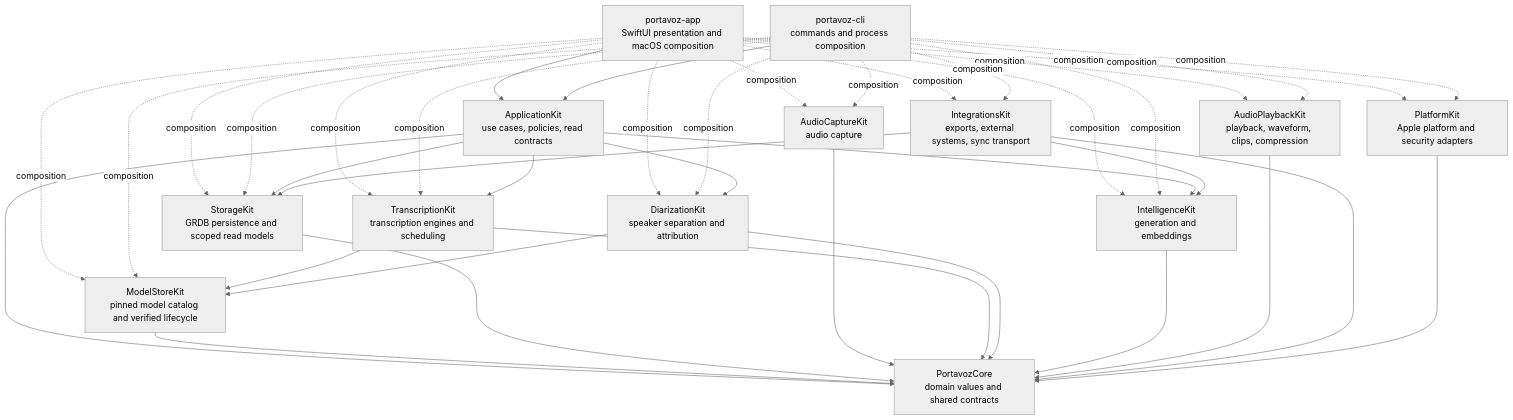
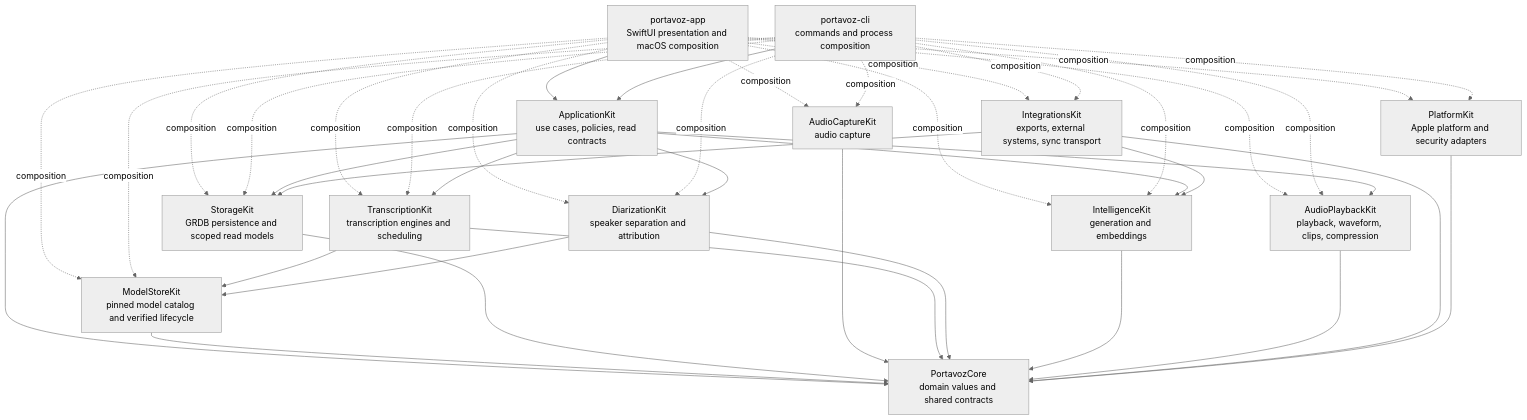
Before and after one commit to johnny4young/portavoz: the first of 3 diagrams in docs/ARCHITECTURE.md, drawn with Mermaid (neutral theme). The commit also changed other lines of this file and 25 other files, not shown here.

````diff
--- a/docs/ARCHITECTURE.md
+++ b/docs/ARCHITECTURE.md
@@ -45,59 +45,60 @@
 ```mermaid
 flowchart TB
     UI["portavoz-app\nSwiftUI presentation and macOS composition"]
     CLI["portavoz-cli\ncommands and process composition"]
     APP["ApplicationKit\nuse cases, policies, read contracts"]
     CORE["PortavozCore\ndomain values and shared contracts"]
     MODEL["ModelStoreKit\npinned model catalog and verified lifecycle"]
     STORAGE["StorageKit\nGRDB persistence and scoped read models"]
     CAPTURE["AudioCaptureKit\naudio capture"]
     TRANSCRIPTION["TranscriptionKit\ntranscription engines and scheduling"]
     DIARIZATION["DiarizationKit\nspeaker separation and attribution"]
     INTELLIGENCE["IntelligenceKit\ngeneration and embeddings"]
     PLAYBACK["AudioPlaybackKit\nplayback, waveform, clips, compression"]
     INTEGRATIONS["IntegrationsKit\nexports, external systems, sync transport"]
     PLATFORM["PlatformKit\nApple platform and security adapters"]
 
     UI --> APP
     CLI --> APP
 
     UI -. composition .-> MODEL
     UI -. composition .-> STORAGE
     UI -. composition .-> CAPTURE
     UI -. composition .-> TRANSCRIPTION
     UI -. composition .-> DIARIZATION
     UI -. composition .-> INTELLIGENCE
     UI -. composition .-> PLAYBACK
     UI -. composition .-> INTEGRATIONS
     UI -. composition .-> PLATFORM
 
     CLI -. composition .-> MODEL
     CLI -. composition .-> STORAGE
     CLI -. composition .-> CAPTURE
     CLI -. composition .-> TRANSCRIPTION
     CLI -. composition .-> DIARIZATION
     CLI -. composition .-> INTELLIGENCE
     CLI -. composition .-> PLAYBACK
     CLI -. composition .-> INTEGRATIONS
     CLI -. composition .-> PLATFORM
 
     APP --> CORE
     APP --> STORAGE
+    APP --> PLAYBACK
     APP --> TRANSCRIPTION
     APP --> DIARIZATION
     APP --> INTELLIGENCE
 
     MODEL --> CORE
     STORAGE --> CORE
     CAPTURE --> CORE
     TRANSCRIPTION --> CORE
     TRANSCRIPTION --> MODEL
     DIARIZATION --> CORE
     DIARIZATION --> MODEL
     INTELLIGENCE --> CORE
     PLAYBACK --> CORE
     INTEGRATIONS --> CORE
     INTEGRATIONS --> STORAGE
     INTEGRATIONS --> INTELLIGENCE
     PLATFORM --> CORE
 ```
````
